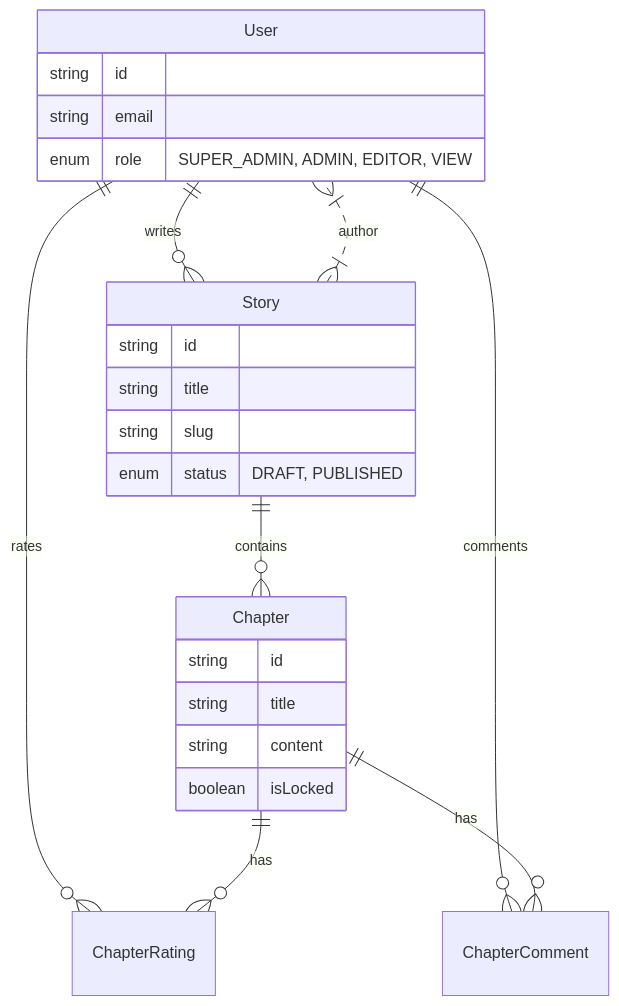
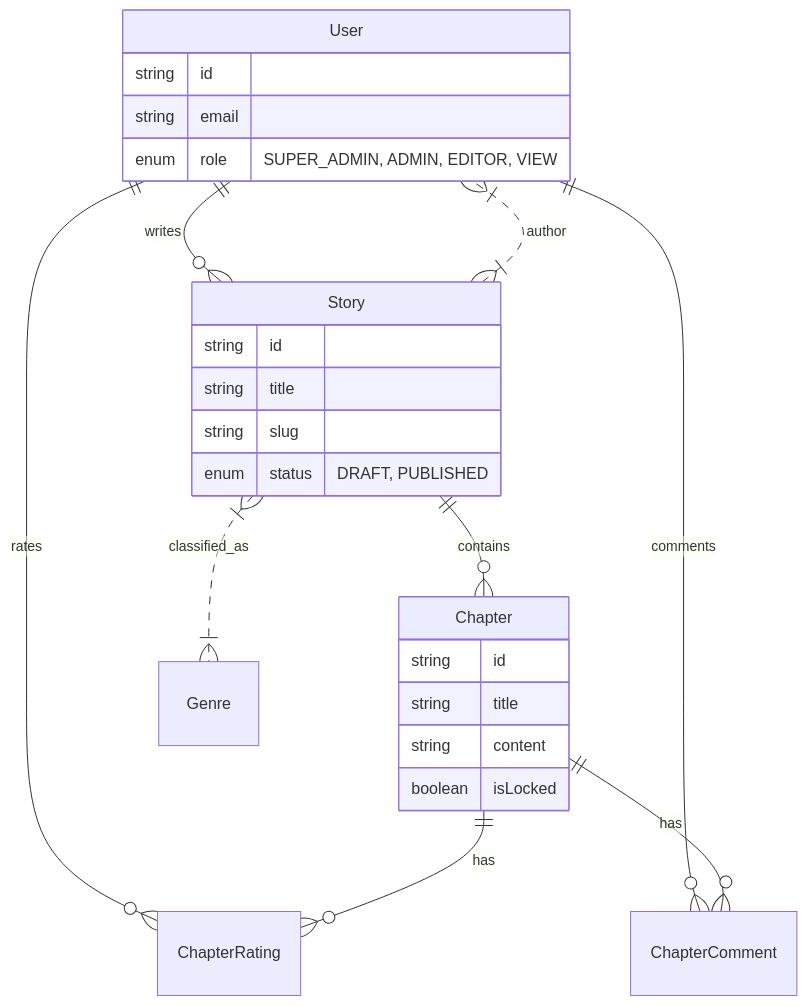
One commit to lntduong/novels-app changed the second of 2 diagrams in README.md. Above: the diagram before and after it, drawn with Mermaid. The commit also changed other lines of this file and 31 other files, not shown here.

````diff
--- a/README.md
+++ b/README.md
@@ -58,30 +62,31 @@
 ```mermaid
 erDiagram
     User ||--o{ Story : writes
     User ||--o{ ChapterRating : rates
     User ||--o{ ChapterComment : comments
     Story ||--o{ Chapter : contains
+    Story }|..|{ Genre : classified_as
     Story }|..|{ User : author
     Chapter ||--o{ ChapterRating : has
     Chapter ||--o{ ChapterComment : has
 
     User {
         string id
         string email
         enum role "SUPER_ADMIN, ADMIN, EDITOR, VIEW"
     }
 
     Story {
         string id
         string title
         string slug
         enum status "DRAFT, PUBLISHED"
     }
 
     Chapter {
         string id
         string title
         string content
         boolean isLocked
     }
 ```
````
